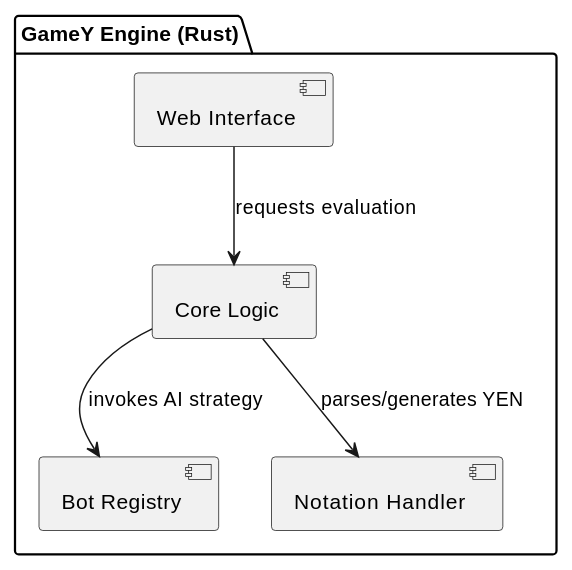
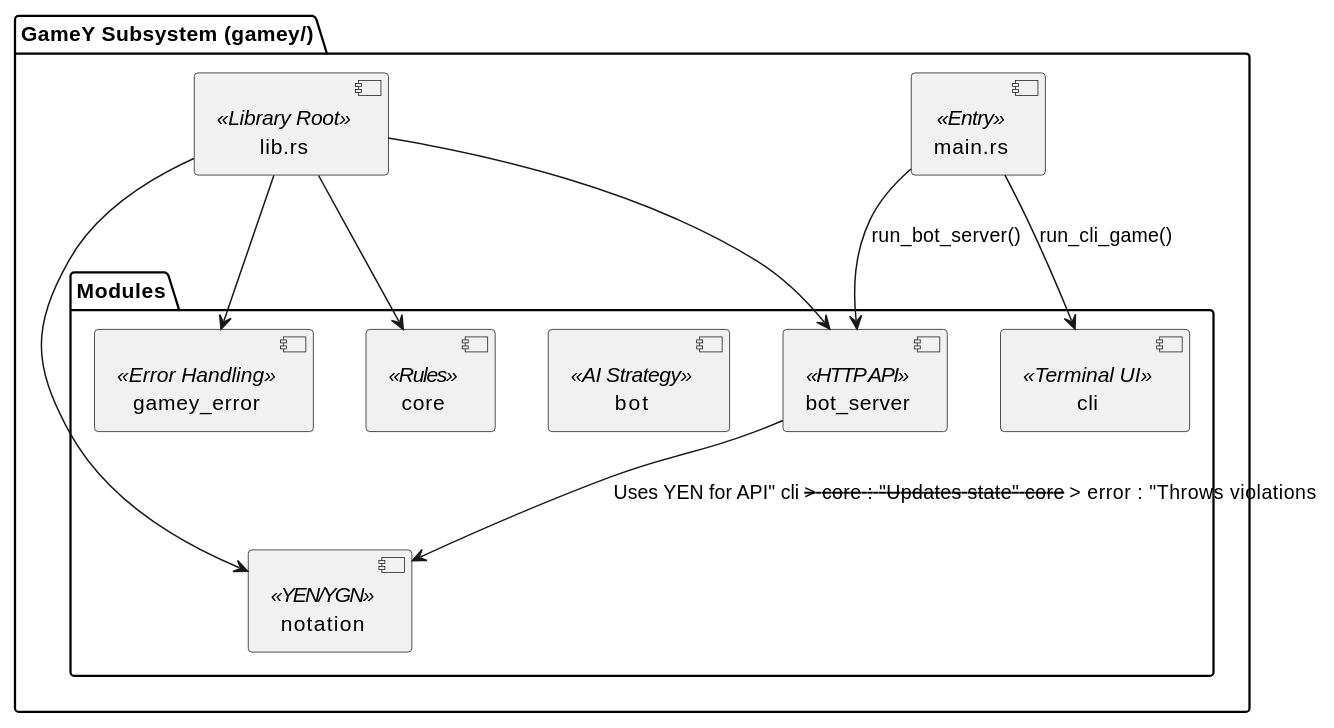
The third of 3 diagrams in docs/src/05_building_block_view.adoc (Arquisoft/yovi_en1a), drawn with PlantUML before and after one commit. The commit also changed other lines of this file, not shown here.

Commit message:
5. Overall View, WebApp, Gamey

```diff
--- a/docs/src/05_building_block_view.adoc
+++ b/docs/src/05_building_block_view.adoc
@@ -38,15 +121,32 @@
-[plantuml, gamey-whitebox, svg]
+[plantuml, gamey-level2, png]
 ----
 @startuml
-package "GameY Engine (Rust)" {
-    [Web Interface] as web
-    [Core Logic] as core
-    [Bot Registry] as bot
-    [Notation Handler] as notation
+skinparam componentStyle uml2
+
+package "GameY Subsystem (gamey/)" {
+[main.rs] as main <<Entry>>
+[lib.rs] as lib <<Library Root>>
+
+package "Modules" {
+    [core] as core <<Rules>>
+    [bot_server] as server <<HTTP API>>
+    [bot] as bot <<AI Strategy>>
+    [notation] as notation <<YEN/YGN>>
+    [cli] as cli <<Terminal UI>>
+    [gamey_error] as error <<Error Handling>>
+}
 }
 
-web --> core : "requests evaluation"
-core --> notation : "parses/generates YEN"
-core --> bot : "invokes AI strategy"
+' Binary interactions
+main --> cli : "run_cli_game()"
+main --> server : "run_bot_server()"
+
+' Library internal relationships
+lib --> core
+lib --> server
+lib --> notation
+lib --> error
+
+server --> notation : "Uses YEN for API" cli --> core : "Updates state" core --> error : "Throws violations" 
 @enduml
 ----
```
